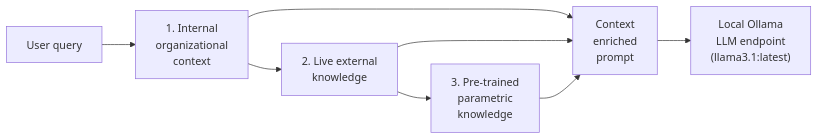
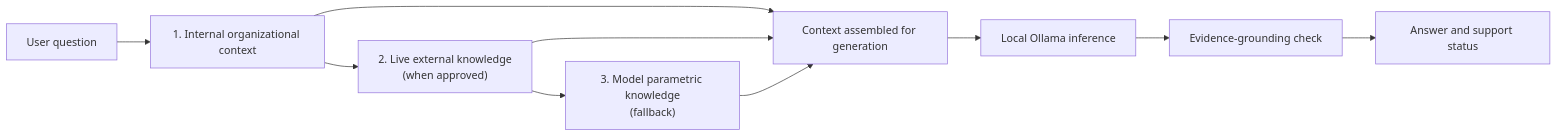
The diagram in README.MD (panxiaoyan225-sudo/Agentic_RAG_Pipeline), drawn with Mermaid before and after one commit. The commit also changed other lines of this file, not shown here.

Commit message:
From Organizational Knowledge to Evidence-Grounded Answers

````diff
--- a/README.MD
+++ b/README.MD
@@ -14,10 +23,12 @@
 ```mermaid
 flowchart LR
-    Q["User query"] --> R1["1. Internal<br>organizational<br>context"]
-    R1 --> R2["2. Live external<br>knowledge"]
-    R2 --> R3["3. Pre-trained<br>parametric<br>knowledge"]
-    R1 --> P["Context<br>enriched<br>prompt"]
-    R2 --> P
-    R3 --> P
-    P --> LLM["Local Ollama<br>LLM endpoint<br>(llama3.1:latest)"]
+    Q["User question"] --> I["1. Internal organizational context"]
+    I --> E["2. Live external knowledge<br/>(when approved)"]
+    E --> P["3. Model parametric knowledge<br/>(fallback)"]
+    I --> C["Context assembled for generation"]
+    E --> C
+    P --> C
+    C --> L["Local Ollama inference"]
+    L --> V["Evidence-grounding check"]
+    V --> A["Answer and support status"]
 ```
````
